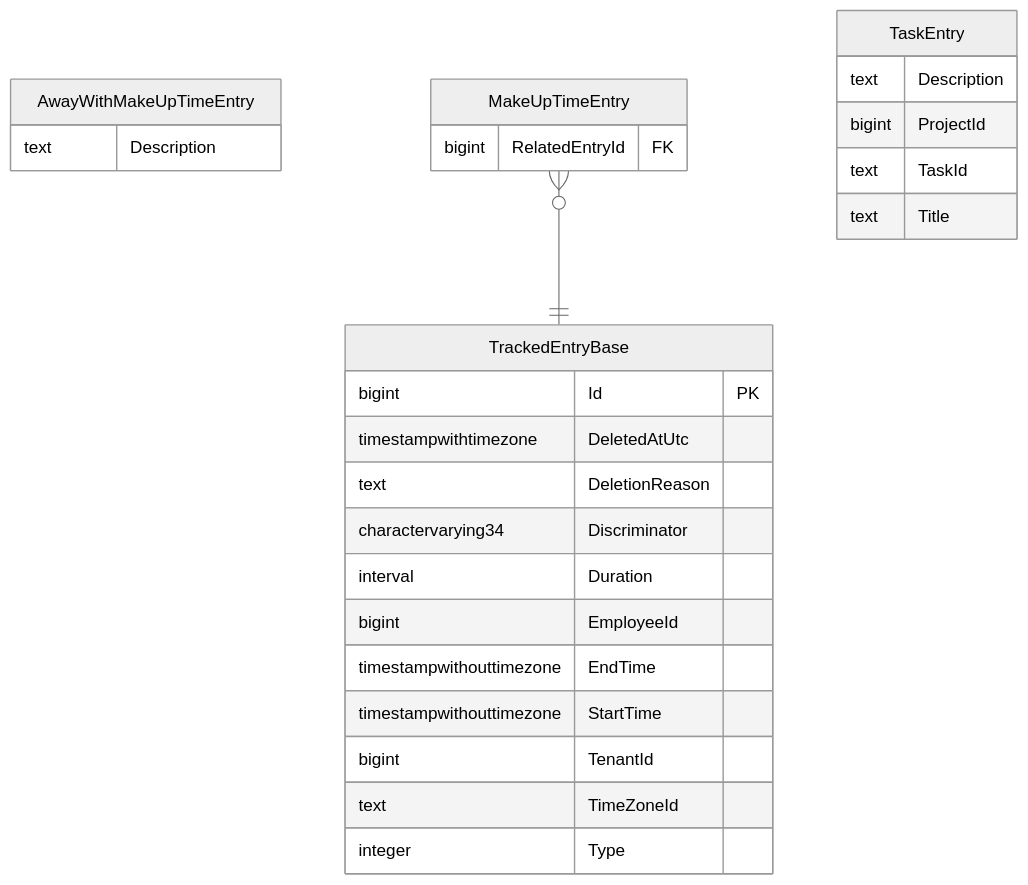
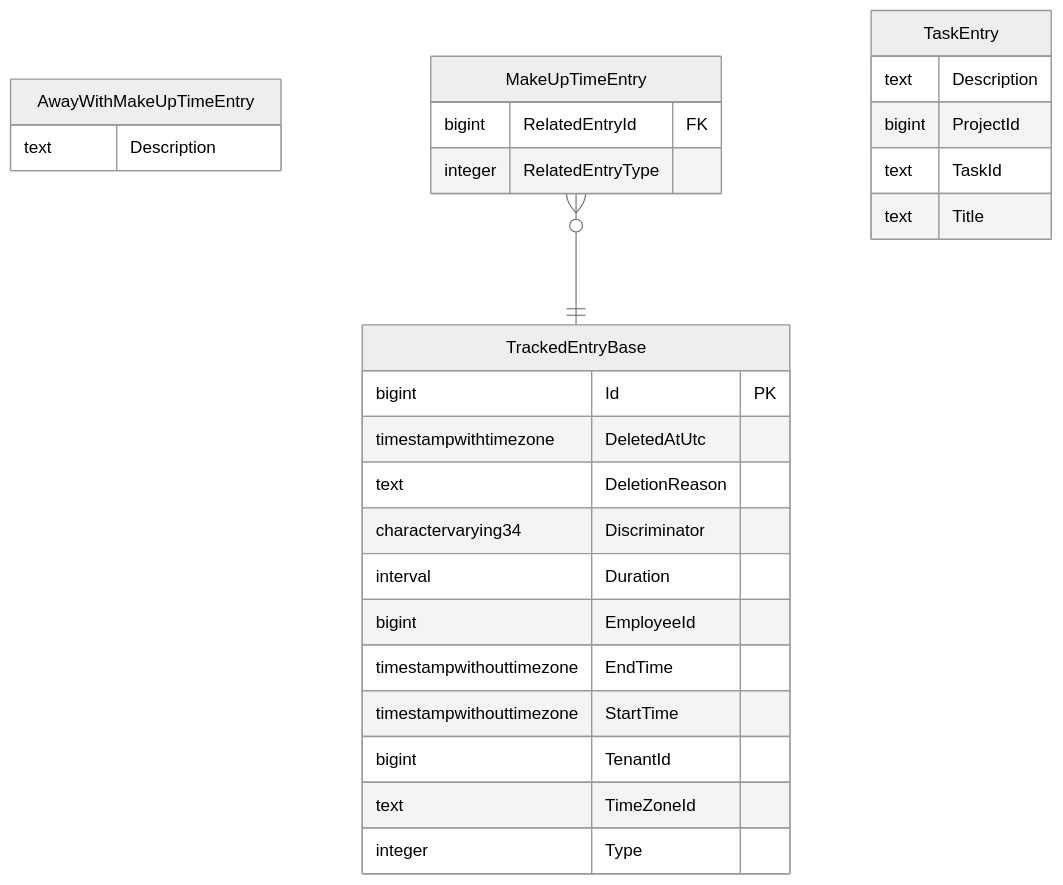
One commit to TourmalineCore/inner-circle-time-api changed the diagram in README.md. Above: the diagram before and after it, drawn with Mermaid.

Commit message:
docs(readme): Update Mermaid DB Schema Diagram in README.md (siren-gen)

````diff
--- a/README.md
+++ b/README.md
@@ -107,30 +107,31 @@
 ```mermaid
 	erDiagram
 	%%{init: {'theme':'neutral'}}%%
 	AwayWithMakeUpTimeEntry {
 		text Description 
 	}
 	MakeUpTimeEntry {
 		bigint RelatedEntryId FK
+		integer RelatedEntryType 
 	}
 	TaskEntry {
 		text Description 
 		bigint ProjectId 
 		text TaskId 
 		text Title 
 	}
 	TrackedEntryBase {
 		bigint Id PK
 		timestampwithtimezone DeletedAtUtc 
 		text DeletionReason 
 		charactervarying34 Discriminator 
 		interval Duration 
 		bigint EmployeeId 
 		timestampwithouttimezone EndTime 
 		timestampwithouttimezone StartTime 
 		bigint TenantId 
 		text TimeZoneId 
 		integer Type 
 	}
 MakeUpTimeEntry}o--||TrackedEntryBase : ""
 ```
````
